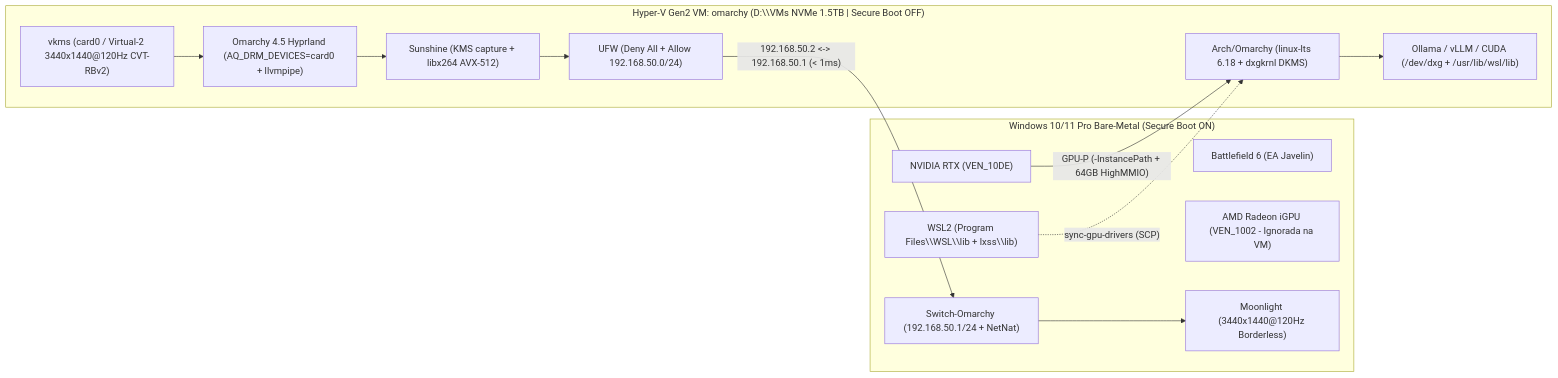
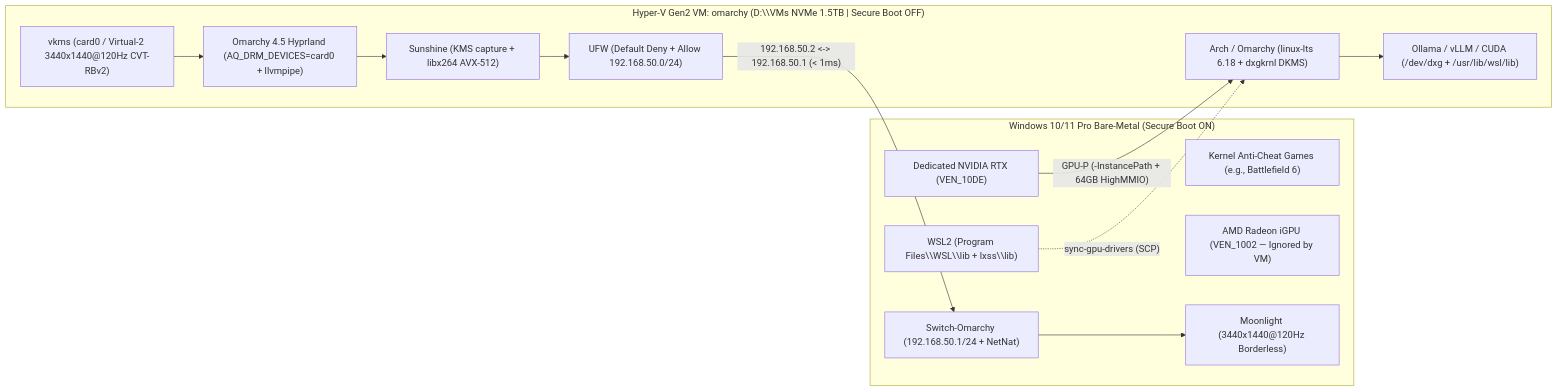
The diagram in README.md (feroult/omarchy-hyperv), drawn with Mermaid before and after one commit. The commit also changed other lines of this file, not shown here.

````diff
--- a/README.md
+++ b/README.md
@@ -16,29 +22,29 @@
 ```mermaid
 flowchart LR
     subgraph Host["Windows 10/11 Pro Bare-Metal (Secure Boot ON)"]
-        BF6["Battlefield 6 (EA Javelin)"]
+        BF6["Kernel Anti-Cheat Games (e.g., Battlefield 6)"]
         WSL2["WSL2 (Program Files\\WSL\\lib + lxss\\lib)"]
-        GPU["NVIDIA RTX (VEN_10DE)"]
-        iGPU["AMD Radeon iGPU (VEN_1002 - Ignorada na VM)"]
+        GPU["Dedicated NVIDIA RTX (VEN_10DE)"]
+        iGPU["AMD Radeon iGPU (VEN_1002 — Ignored by VM)"]
         ML["Moonlight (3440x1440@120Hz Borderless)"]
         SW["Switch-Omarchy (192.168.50.1/24 + NetNat)"]
     end
 
     subgraph VM["Hyper-V Gen2 VM: omarchy (D:\\VMs NVMe 1.5TB | Secure Boot OFF)"]
-        DXG["Arch/Omarchy (linux-lts 6.18 + dxgkrnl DKMS)"]
+        DXG["Arch / Omarchy (linux-lts 6.18 + dxgkrnl DKMS)"]
         LLM["Ollama / vLLM / CUDA (/dev/dxg + /usr/lib/wsl/lib)"]
         VKMS["vkms (card0 / Virtual-2 3440x1440@120Hz CVT-RBv2)"]
         OM["Omarchy 4.5 Hyprland (AQ_DRM_DEVICES=card0 + llvmpipe)"]
         SUN["Sunshine (KMS capture + libx264 AVX-512)"]
-        UFW["UFW (Deny All + Allow 192.168.50.0/24)"]
+        UFW["UFW (Default Deny + Allow 192.168.50.0/24)"]
     end
 
     GPU -- "GPU-P (-InstancePath + 64GB HighMMIO)" --> DXG
     WSL2 -. "sync-gpu-drivers (SCP)" .-> DXG
     DXG --> LLM
     VKMS --> OM
     OM --> SUN
     SUN --> UFW
     UFW -- "192.168.50.2 <-> 192.168.50.1 (< 1ms)" --> SW
     SW --> ML
 ```
````
